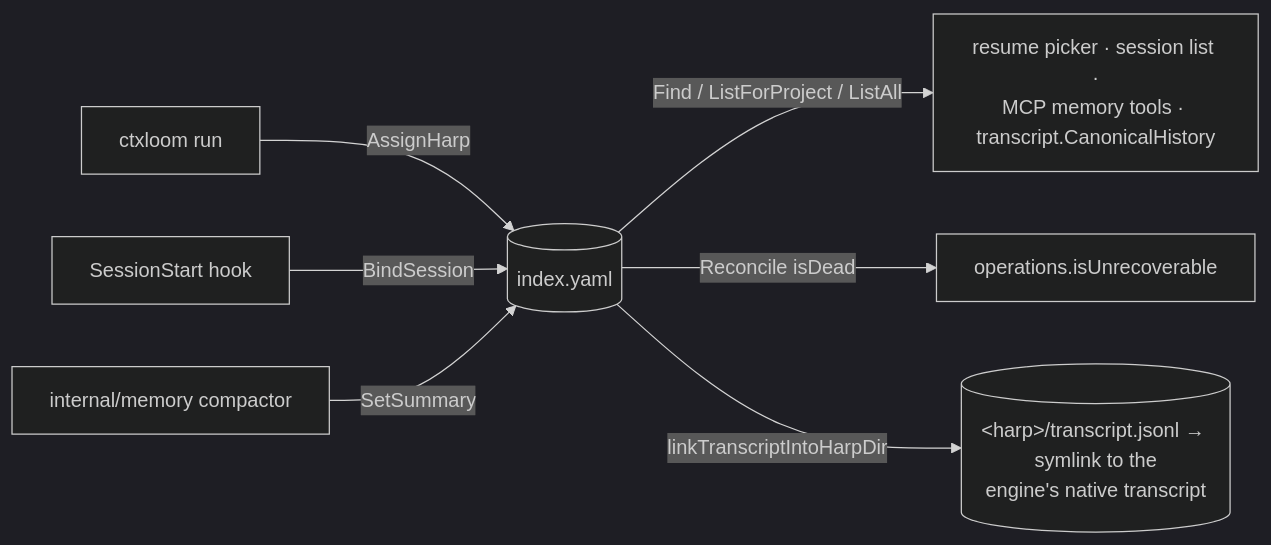
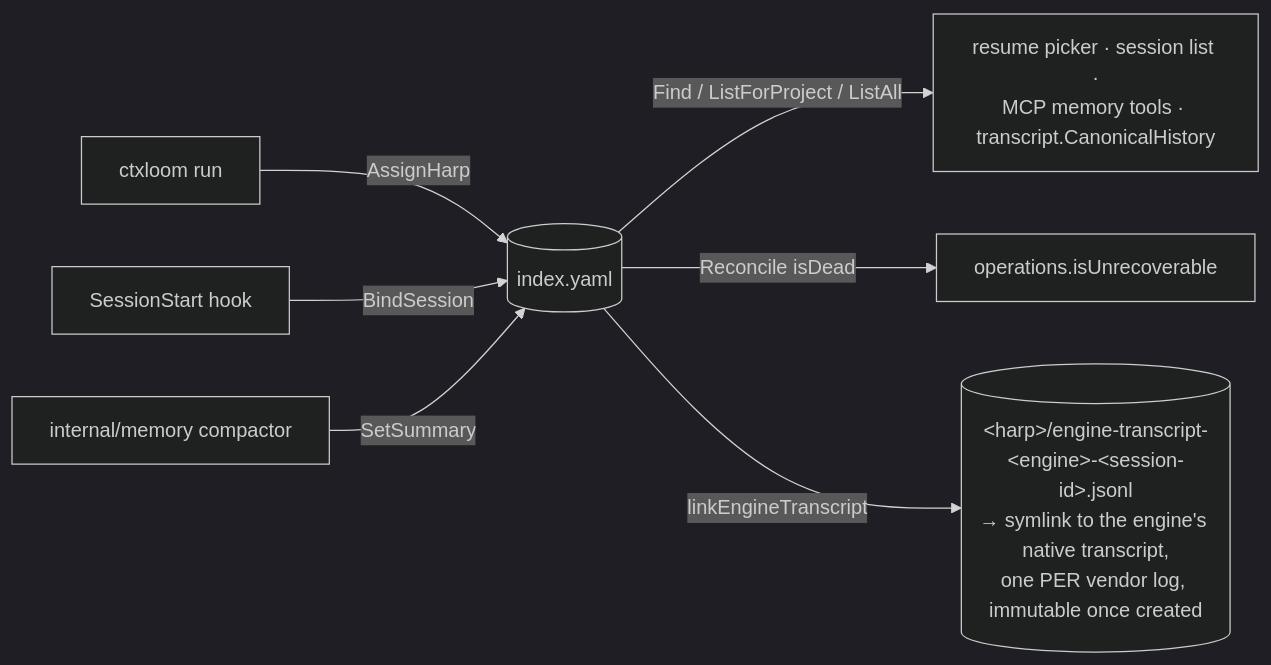
Before and after one commit to ctxloom/ctxloom: the second of 2 diagrams in docs/architecture/companions/sessions.md, drawn with Mermaid (dark theme). The commit also changed other lines of this file and 10 other files, not shown here.

````diff
--- a/docs/architecture/companions/sessions.md
+++ b/docs/architecture/companions/sessions.md
@@ -69,9 +69,9 @@
 ```mermaid
 flowchart LR
   RUN["ctxloom run"] -->|AssignHarp| IDX[("index.yaml")]
   HOOK["SessionStart hook"] -->|BindSession| IDX
   COMP["internal/memory compactor"] -->|SetSummary| IDX
   IDX -->|Find / ListForProject / ListAll| READ["resume picker · session list ·<br/>MCP memory tools · transcript.CanonicalHistory"]
   IDX -->|Reconcile isDead| REAP["operations.isUnrecoverable"]
-  IDX -->|"linkTranscriptIntoHarpDir"| LINK[("&lt;harp&gt;/transcript.jsonl → symlink to the<br/>engine's native transcript")]
+  IDX -->|"linkEngineTranscript"| LINK[("&lt;harp&gt;/engine-transcript-&lt;engine&gt;-&lt;session-id&gt;.jsonl<br/>→ symlink to the engine's native transcript,<br/>one PER vendor log, immutable once created")]
 ```
````
